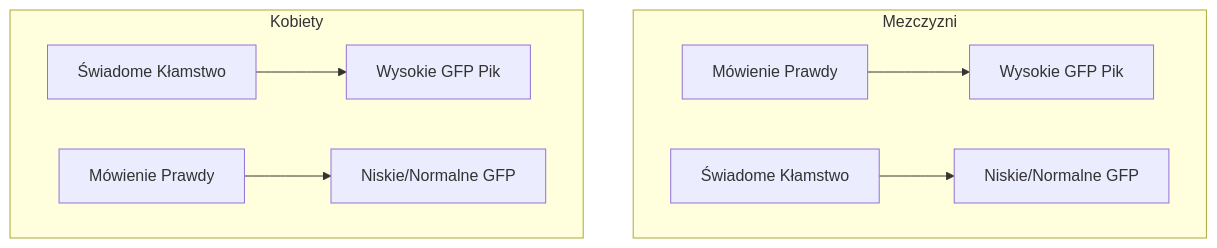
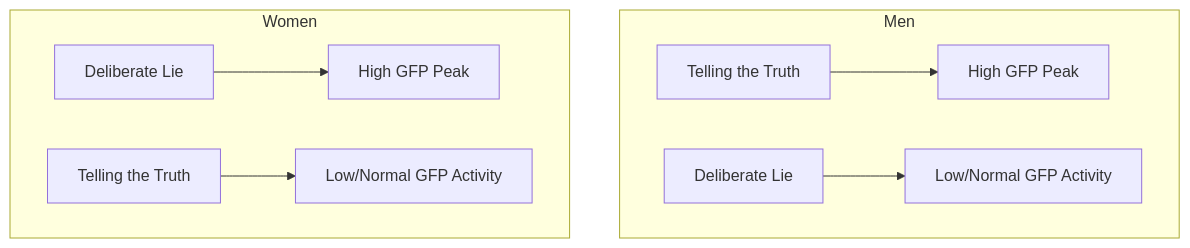
The first of 2 diagrams in README.md (xVarmondx/neuro-lie-detector), drawn with Mermaid before and after one commit. The commit also changed other lines of this file, not shown here.

````diff
--- a/README.md
+++ b/README.md
@@ -112,23 +113,23 @@
 ```mermaid
 graph TD
-    subgraph Mezczyzni
-        M_Prawda[Mówienie Prawdy]
-        M_Klamstwo[Świadome Kłamstwo]
-        M_Pik[Wysokie GFP Pik]
-        M_Brak[Niskie/Normalne GFP]
+    subgraph Men
+        M_Truth[Telling the Truth]
+        M_Lie[Deliberate Lie]
+        M_Peak[High GFP Peak]
+        M_Low[Low/Normal GFP Activity]
     end
     
-    subgraph Kobiety
-        K_Klamstwo[Świadome Kłamstwo]
-        K_Prawda[Mówienie Prawdy]
-        K_Pik[Wysokie GFP Pik]
-        K_Brak[Niskie/Normalne GFP]
+    subgraph Women
+        W_Lie[Deliberate Lie]
+        W_Truth[Telling the Truth]
+        W_Peak[High GFP Peak]
+        W_Low[Low/Normal GFP Activity]
     end
 
-    %% Definicja połączeń
-    M_Prawda --> M_Pik
-    M_Klamstwo --> M_Brak
+    %% Connections
+    M_Truth --> M_Peak
+    M_Lie --> M_Low
     
-    K_Klamstwo --> K_Pik
-    K_Prawda --> K_Brak
+    W_Lie --> W_Peak
+    W_Truth --> W_Low
 ```
````
